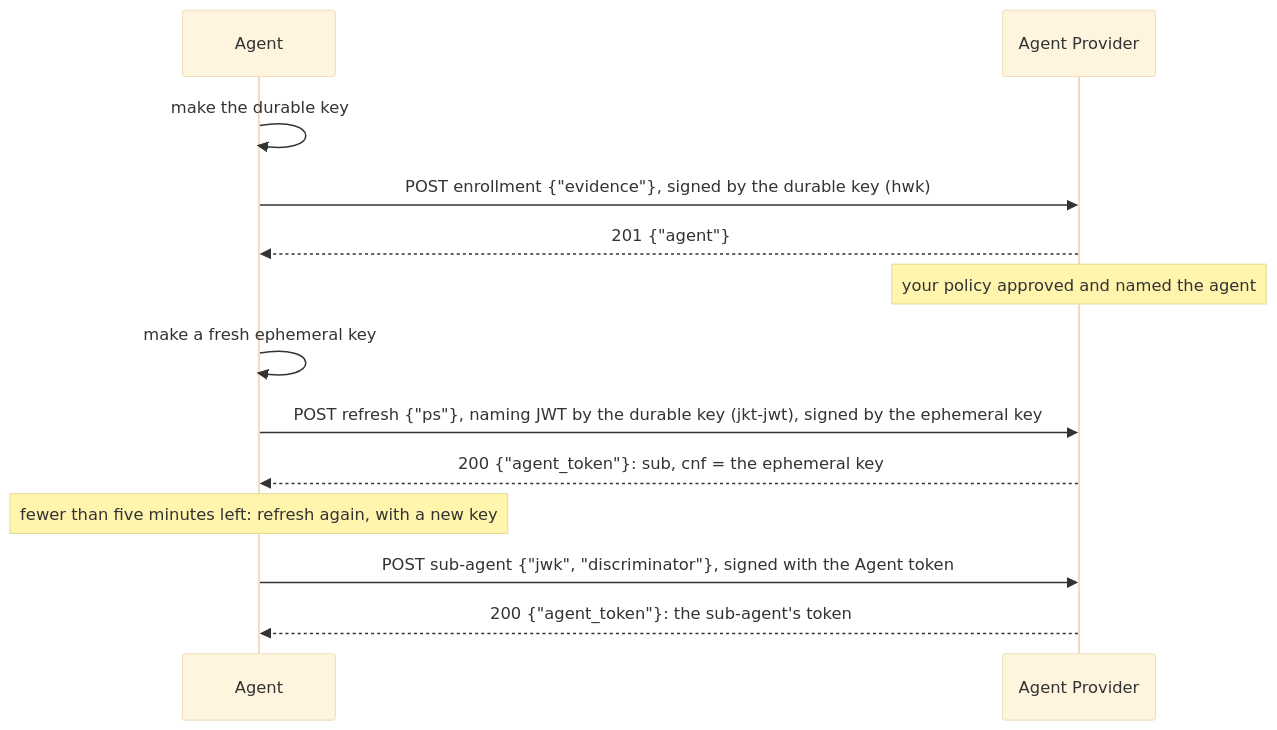
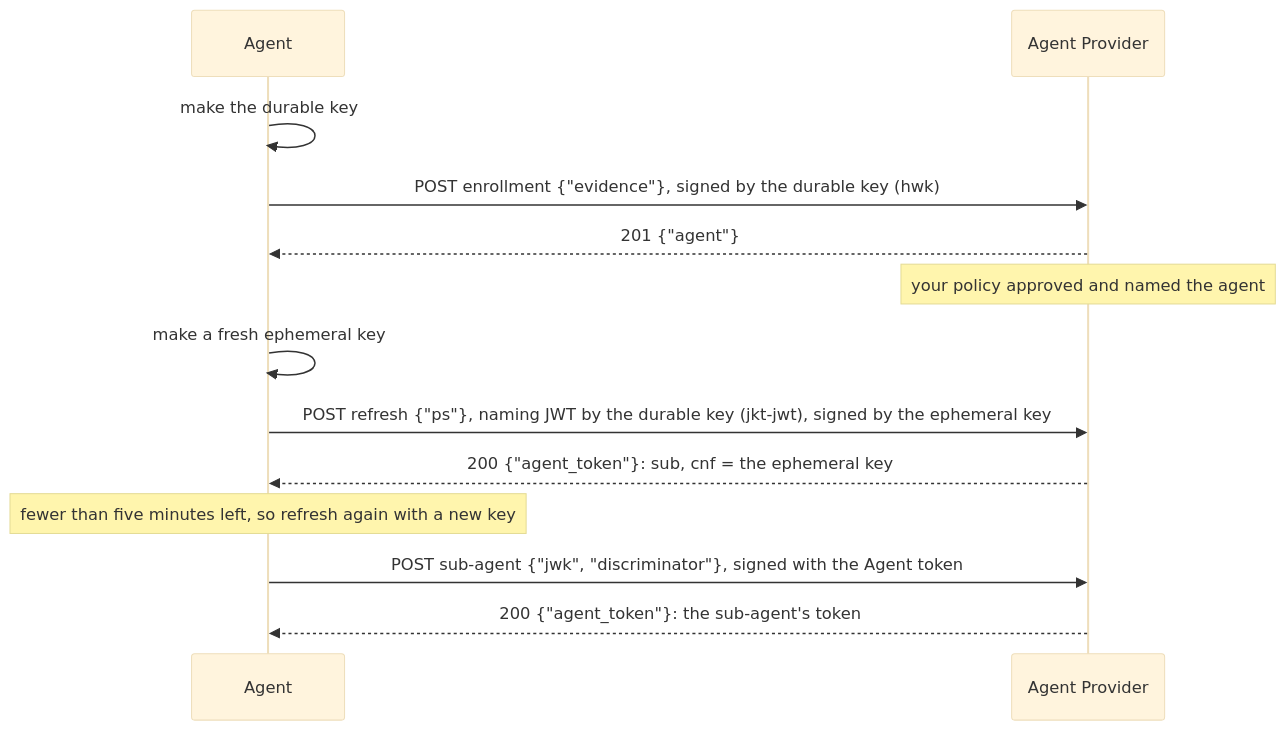
The diagram in docs/features/bootstrap.md (sidecat-dev/aauth-rust), drawn with Mermaid (base theme) before and after one commit. The commit also changed 14 other files, not shown here.

First line of the commit message:
docs: make every mermaid diagram render on GitLab

````diff
--- a/docs/features/bootstrap.md
+++ b/docs/features/bootstrap.md
@@ -25,15 +25,15 @@
 ```mermaid
 sequenceDiagram
     participant Agent
     participant AP as Agent Provider
-    Agent->>Agent: make the durable key
-    Agent->>AP: POST enrollment {"evidence"}, signed by the durable key (hwk)
-    AP-->>Agent: 201 {"agent"}
-    Note over AP: your policy approved and named the agent
-    Agent->>Agent: make a fresh ephemeral key
-    Agent->>AP: POST refresh {"ps"}, naming JWT by the durable key (jkt-jwt), signed by the ephemeral key
-    AP-->>Agent: 200 {"agent_token"}: sub, cnf = the ephemeral key
-    Note over Agent: fewer than five minutes left: refresh again, with a new key
-    Agent->>AP: POST sub-agent {"jwk", "discriminator"}, signed with the Agent token
-    AP-->>Agent: 200 {"agent_token"}: the sub-agent's token
+    Agent->>Agent : make the durable key
+    Agent->>AP : POST enrollment {"evidence"}, signed by the durable key (hwk)
+    AP-->>Agent : 201 {"agent"}
+    Note over AP : your policy approved and named the agent
+    Agent->>Agent : make a fresh ephemeral key
+    Agent->>AP : POST refresh {"ps"}, naming JWT by the durable key (jkt-jwt), signed by the ephemeral key
+    AP-->>Agent : 200 {"agent_token"}: sub, cnf = the ephemeral key
+    Note over Agent : fewer than five minutes left, so refresh again with a new key
+    Agent->>AP : POST sub-agent {"jwk", "discriminator"}, signed with the Agent token
+    AP-->>Agent : 200 {"agent_token"}: the sub-agent's token
 ```
````
